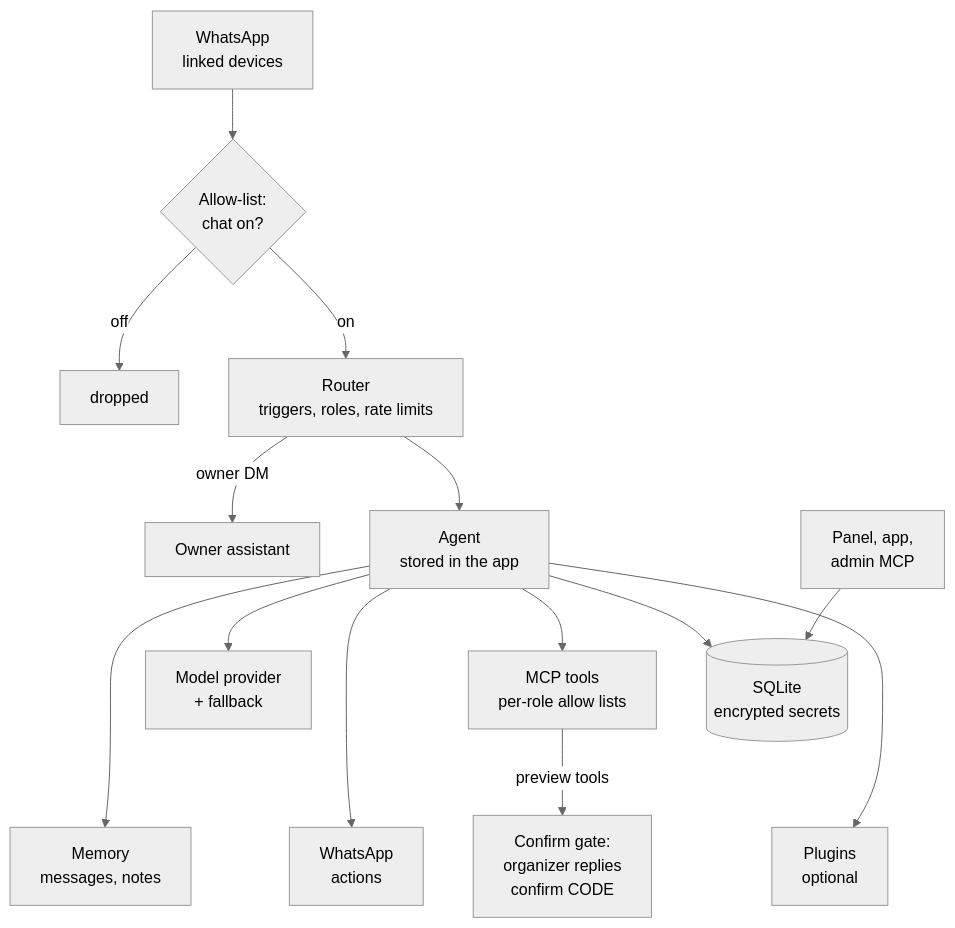
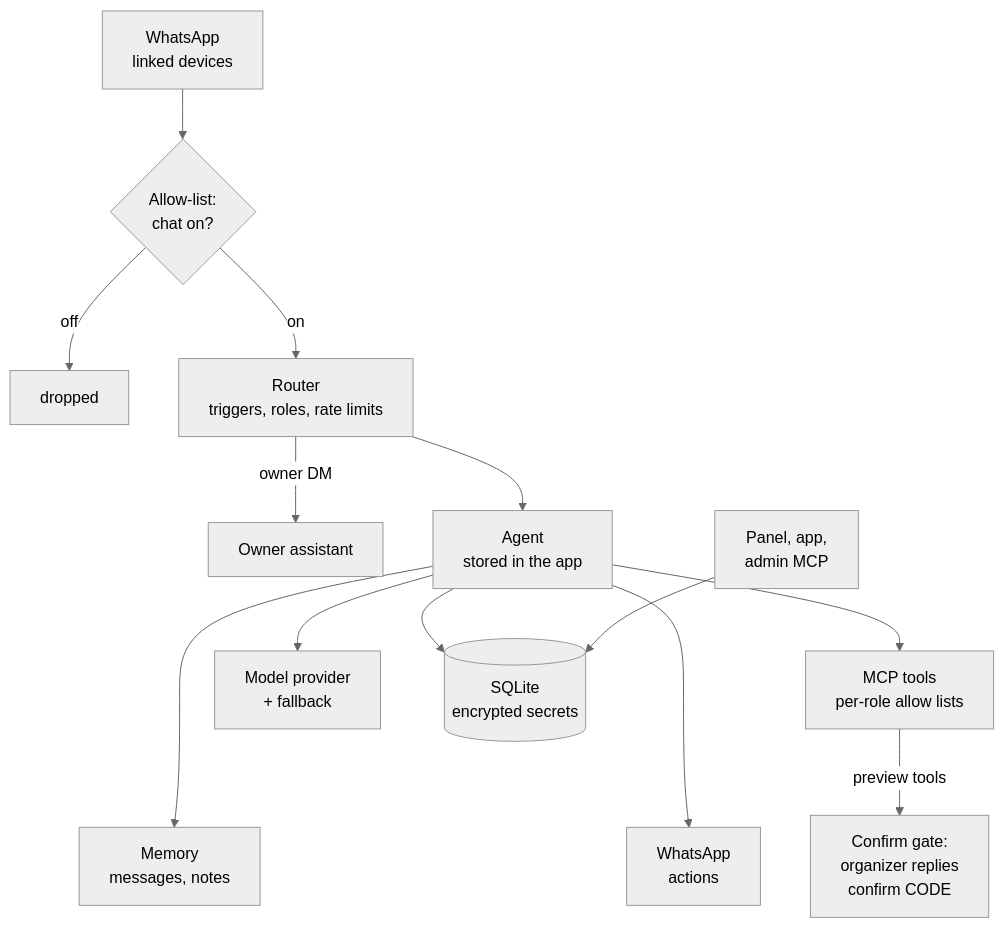
One commit to vikramgorla/duniya changed the diagram in docs/diagrams/architecture.mmd. Above: the diagram before and after it, drawn with Mermaid (neutral theme). The commit also changed 29 other files, not shown here.

```diff
--- a/docs/diagrams/architecture.mmd
+++ b/docs/diagrams/architecture.mmd
@@ -1,17 +1,15 @@
 flowchart TD
   WA["WhatsApp<br/>linked devices"] --> AL{"Allow-list:<br/>chat on?"}
   AL -- "off" --> X["dropped"]
   AL -- "on" --> R["Router<br/>triggers, roles, rate limits"]
   R -- "owner DM" --> OA["Owner assistant"]
   R --> AG["Agent<br/>stored in the app"]
   AG --> M["Model provider<br/>+ fallback"]
   AG --> T["MCP tools<br/>per-role allow lists"]
   AG --> W["WhatsApp<br/>actions"]
   T -- "preview tools" --> CG["Confirm gate:<br/>organizer replies<br/>confirm CODE"]
   M ~~~ MEM
   M ~~~ W
-  DB ~~~ PL
   AG --> MEM["Memory<br/>messages, notes"]
-  AG --> PL["Plugins<br/>optional"]
   AG --> DB[("SQLite<br/>encrypted secrets")]
   P["Panel, app,<br/>admin MCP"] --> DB
```
